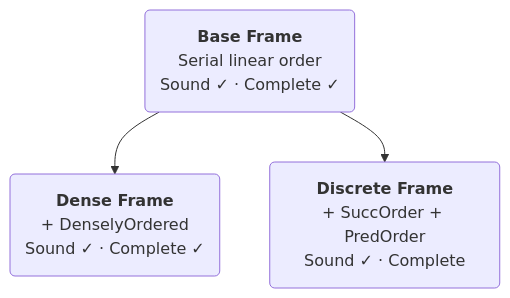
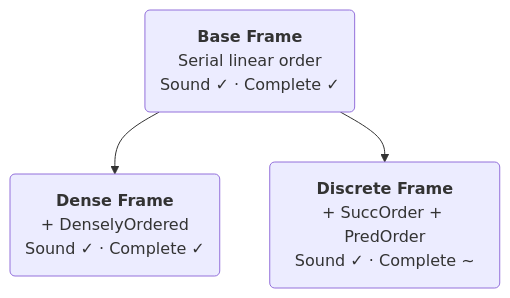
One commit to benbrastmckie/BimodalLogic changed the diagram in README.md. Above: the diagram before and after it, drawn with Mermaid.

````diff
--- a/README.md
+++ b/README.md
@@ -120,9 +120,9 @@
 ```mermaid
 graph TD
     B("<b>Base Frame</b><br/>Serial linear order<br/>Sound ✓ · Complete ✓")
     D("<b>Dense Frame</b><br/>+ DenselyOrdered<br/>Sound ✓ · Complete ✓")
-    Z("<b>Discrete Frame</b><br/>+ SuccOrder + PredOrder<br/>Sound ✓ · Complete")
+    Z("<b>Discrete Frame</b><br/>+ SuccOrder + PredOrder<br/>Sound ✓ · Complete ~")
 
     B --> D
     B --> Z
 ```
````
